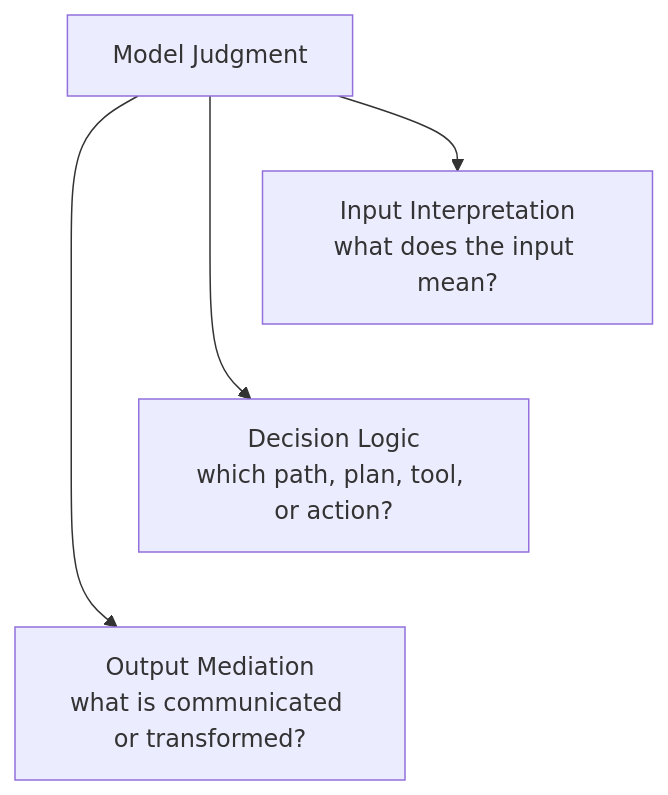
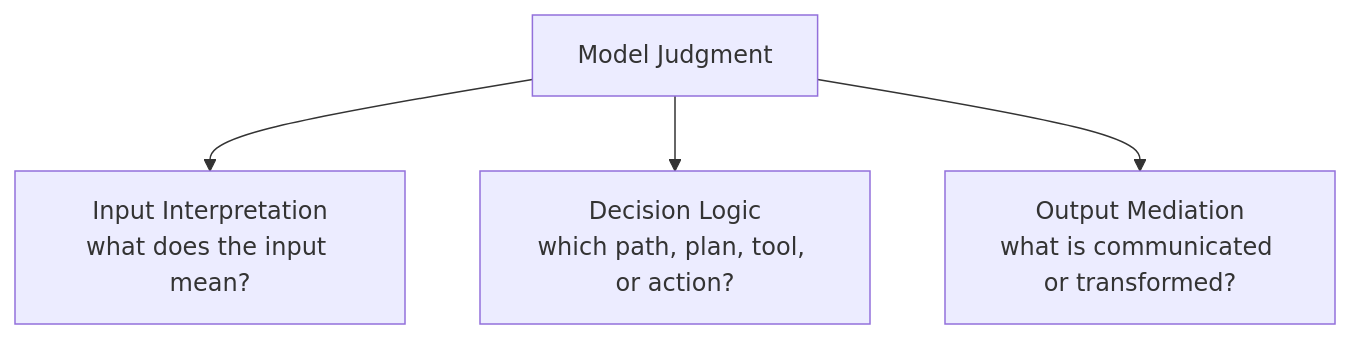
Before and after one commit to UncertaintyArchitectureGroup/uncertainty-architecture: the fourth of 14 diagrams in content/research/notes/open-engineering-specification-article-draft.md, drawn with Mermaid.

Commit message:
fix(research): align Figure 4 placement nodes horizontally

````diff
--- a/content/research/notes/open-engineering-specification-article-draft.md
+++ b/content/research/notes/open-engineering-specification-article-draft.md
@@ -233,14 +233,11 @@
 ```mermaid
 flowchart TB
     MJ["Model Judgment"]
     I["Input Interpretation<br/>what does the input mean?"]
     D["Decision Logic<br/>which path, plan, tool, or action?"]
     O["Output Mediation<br/>what is communicated or transformed?"]
 
     MJ --> I
     MJ --> D
     MJ --> O
-
-    I ~~~ D
-    D ~~~ O
 ```
````
